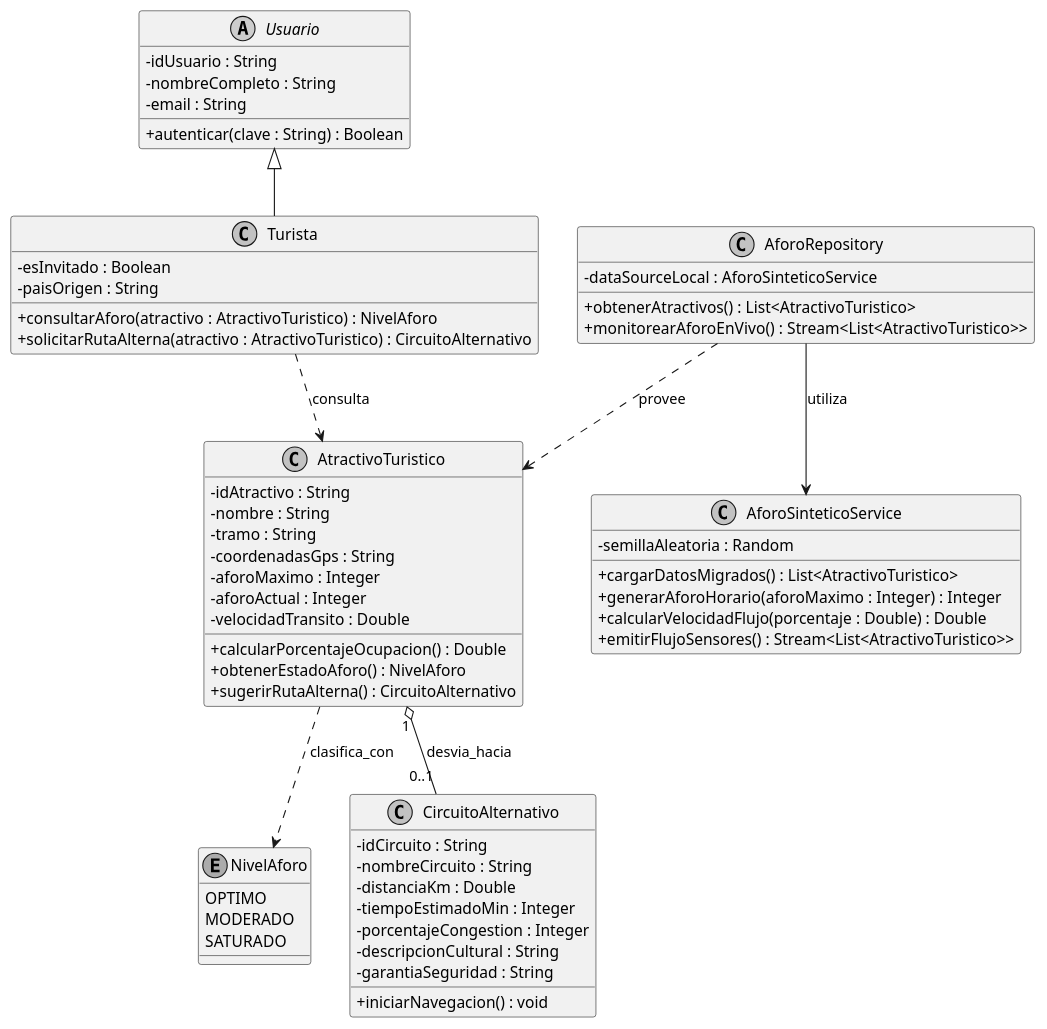
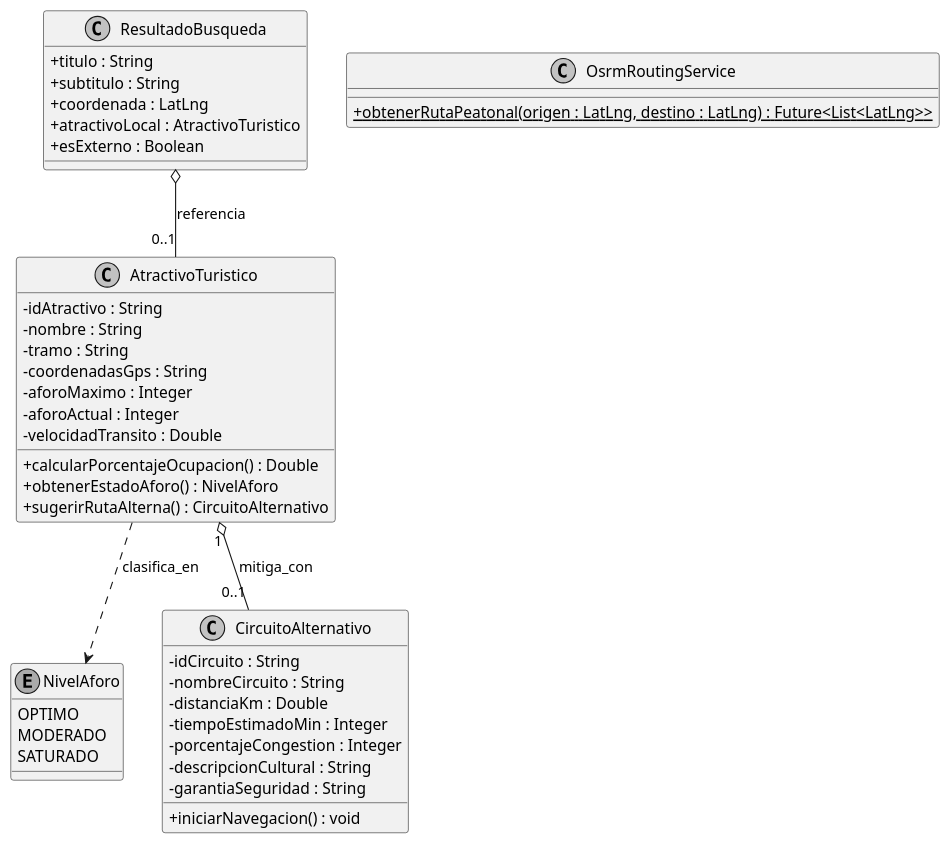
One commit to GamoLG/turismo_seguro_cusco changed the diagram in README.md. Above: the diagram before and after it, drawn with PlantUML. The commit also changed other lines of this file, not shown here.

````diff
--- a/README.md
+++ b/README.md
@@ -88,73 +91,54 @@
 ```plantuml
 @startuml
 skinparam classAttributeIconSize 0
 skinparam monochrome true
 skinparam shadowing false
 skinparam defaultFontName Arial
 
 enum NivelAforo {
     OPTIMO
     MODERADO
     SATURADO
-}
-
-abstract class Usuario {
-    - idUsuario : String
-    - nombreCompleto : String
-    - email : String
-    + autenticar(clave : String) : Boolean
-}
-
-class Turista {
-    - esInvitado : Boolean
-    - paisOrigen : String
-    + consultarAforo(atractivo : AtractivoTuristico) : NivelAforo
-    + solicitarRutaAlterna(atractivo : AtractivoTuristico) : CircuitoAlternativo
 }
 
 class AtractivoTuristico {
     - idAtractivo : String
     - nombre : String
     - tramo : String
     - coordenadasGps : String
     - aforoMaximo : Integer
     - aforoActual : Integer
     - velocidadTransito : Double
     + calcularPorcentajeOcupacion() : Double
     + obtenerEstadoAforo() : NivelAforo
     + sugerirRutaAlterna() : CircuitoAlternativo
 }
 
 class CircuitoAlternativo {
     - idCircuito : String
     - nombreCircuito : String
     - distanciaKm : Double
     - tiempoEstimadoMin : Integer
     - porcentajeCongestion : Integer
     - descripcionCultural : String
     - garantiaSeguridad : String
     + iniciarNavegacion() : void
 }
 
-class AforoSinteticoService {
-    - semillaAleatoria : Random
-    + cargarDatosMigrados() : List<AtractivoTuristico>
-    + generarAforoHorario(aforoMaximo : Integer) : Integer
-    + calcularVelocidadFlujo(porcentaje : Double) : Double
-    + emitirFlujoSensores() : Stream<List<AtractivoTuristico>>
+class OsrmRoutingService {
+    + {static} obtenerRutaPeatonal(origen : LatLng, destino : LatLng) : Future<List<LatLng>>
 }
 
-class AforoRepository {
-    - dataSourceLocal : AforoSinteticoService
-    + obtenerAtractivos() : List<AtractivoTuristico>
-    + monitorearAforoEnVivo() : Stream<List<AtractivoTuristico>>
+class ResultadoBusqueda {
+    + titulo : String
+    + subtitulo : String
+    + coordenada : LatLng
+    + atractivoLocal : AtractivoTuristico
+    + esExterno : Boolean
 }
 
-Usuario <|-- Turista
-Turista ..> AtractivoTuristico : consulta
-AtractivoTuristico "1" o-- "0..1" CircuitoAlternativo : desvia_hacia
-AtractivoTuristico ..> NivelAforo : clasifica_con
-AforoRepository --> AforoSinteticoService : utiliza
-AforoRepository ..> AtractivoTuristico : provee
+AtractivoTuristico "1" o-- "0..1" CircuitoAlternativo : mitiga_con
+AtractivoTuristico ..> NivelAforo : clasifica_en
+ResultadoBusqueda o-- "0..1" AtractivoTuristico : referencia
 @enduml
 ```
````
